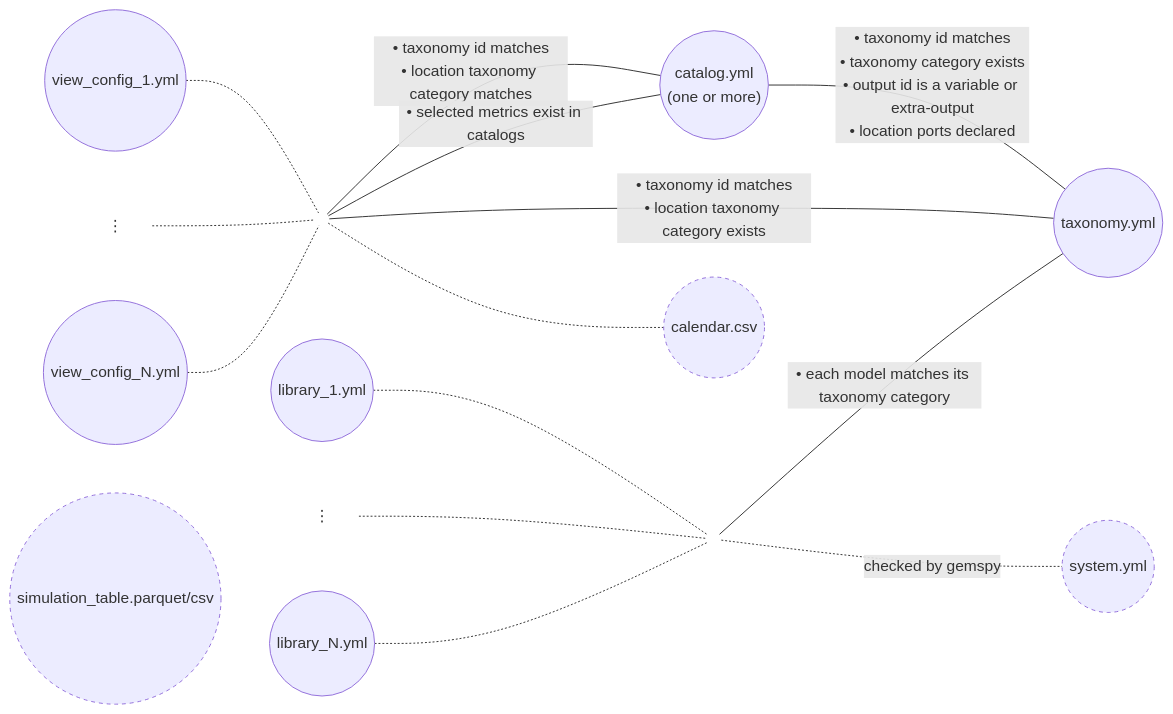
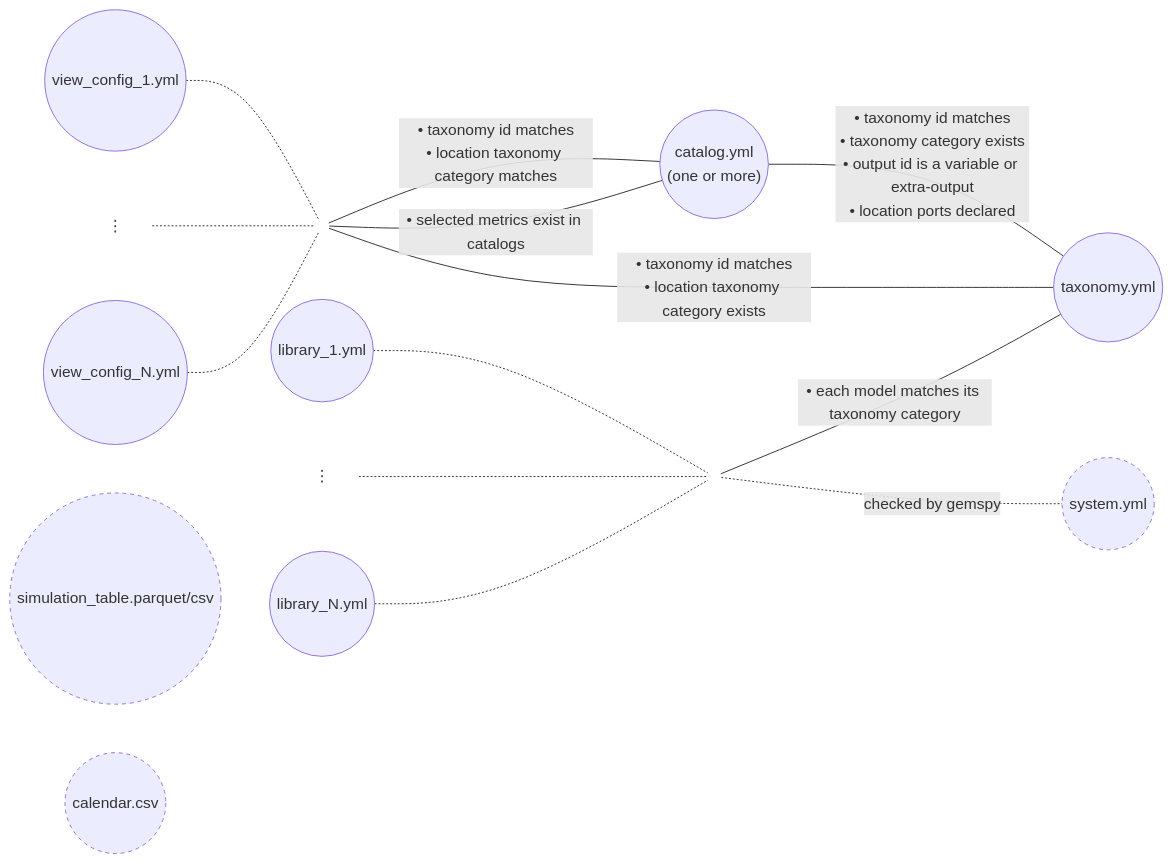
Before and after one commit to AntaresSimulatorTeam/GEMS-ViewsBuilder: the diagram in README.md, drawn with Mermaid. The commit also changed 11 other files, not shown here.

Commit message:
Remove calendar references from view configuration files and related classes to streamline input validation and improve consistency across the codebase.

````diff
--- a/README.md
+++ b/README.md
@@ -20,36 +20,35 @@
 ```mermaid
 graph LR
     catalog(("catalog.yml<br/>(one or more)"))
     taxonomy(("taxonomy.yml"))
     view_config_1(("view_config_1.yml"))
     view_config_dots["⋮"]
     view_config_n(("view_config_N.yml"))
     view_config_join((" "))
     library_1(("library_1.yml"))
     library_dots["⋮"]
     library_n(("library_N.yml"))
     library_join((" "))
     system(("system.yml"))
     simulation_table(("simulation_table.parquet/csv"))
     calendar(("calendar.csv"))
 
     catalog -- "• taxonomy id matches<br/>• taxonomy category exists<br/>• output id is a variable or extra-output<br/>• location ports declared" --- taxonomy
     view_config_1 -.- view_config_join
     view_config_dots -.- view_config_join
     view_config_n -.- view_config_join
     view_config_join -- "• taxonomy id matches<br/>• location taxonomy category exists" --- taxonomy
     view_config_join -- "• taxonomy id matches<br/>• location taxonomy category matches" --- catalog
     view_config_join -- "• selected metrics exist in catalogs" --- catalog
 
     library_1 -.- library_join
     library_dots -.- library_join
     library_n -.- library_join
     library_join -- "• each model matches its taxonomy category" --- taxonomy
     library_join -. "checked by gemspy" .- system
-    view_config_join -.- calendar
 
     classDef unvalidated stroke-dasharray: 4 4;
     classDef plain stroke: none, fill: none;
     class system,simulation_table,calendar unvalidated;
     class library_dots,library_join,view_config_dots,view_config_join plain;
 ```
````
